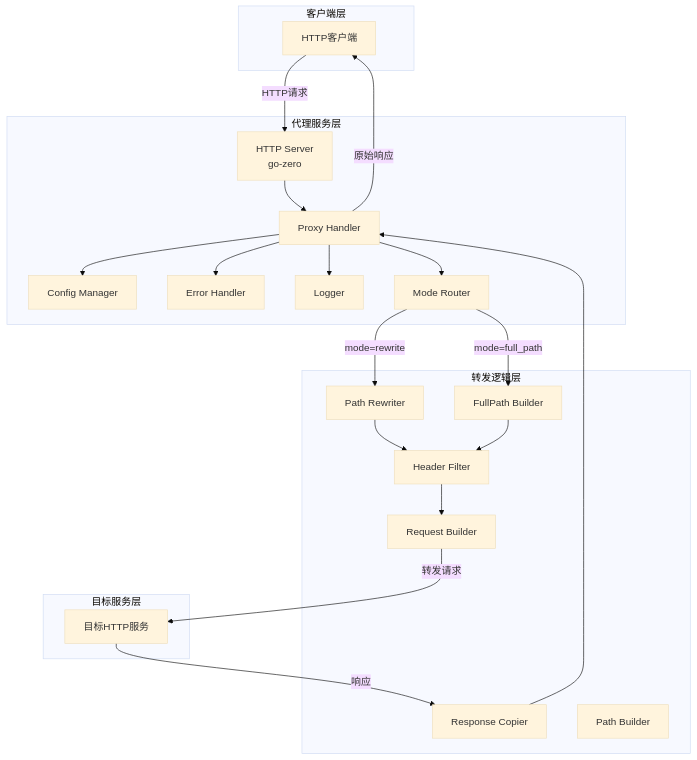
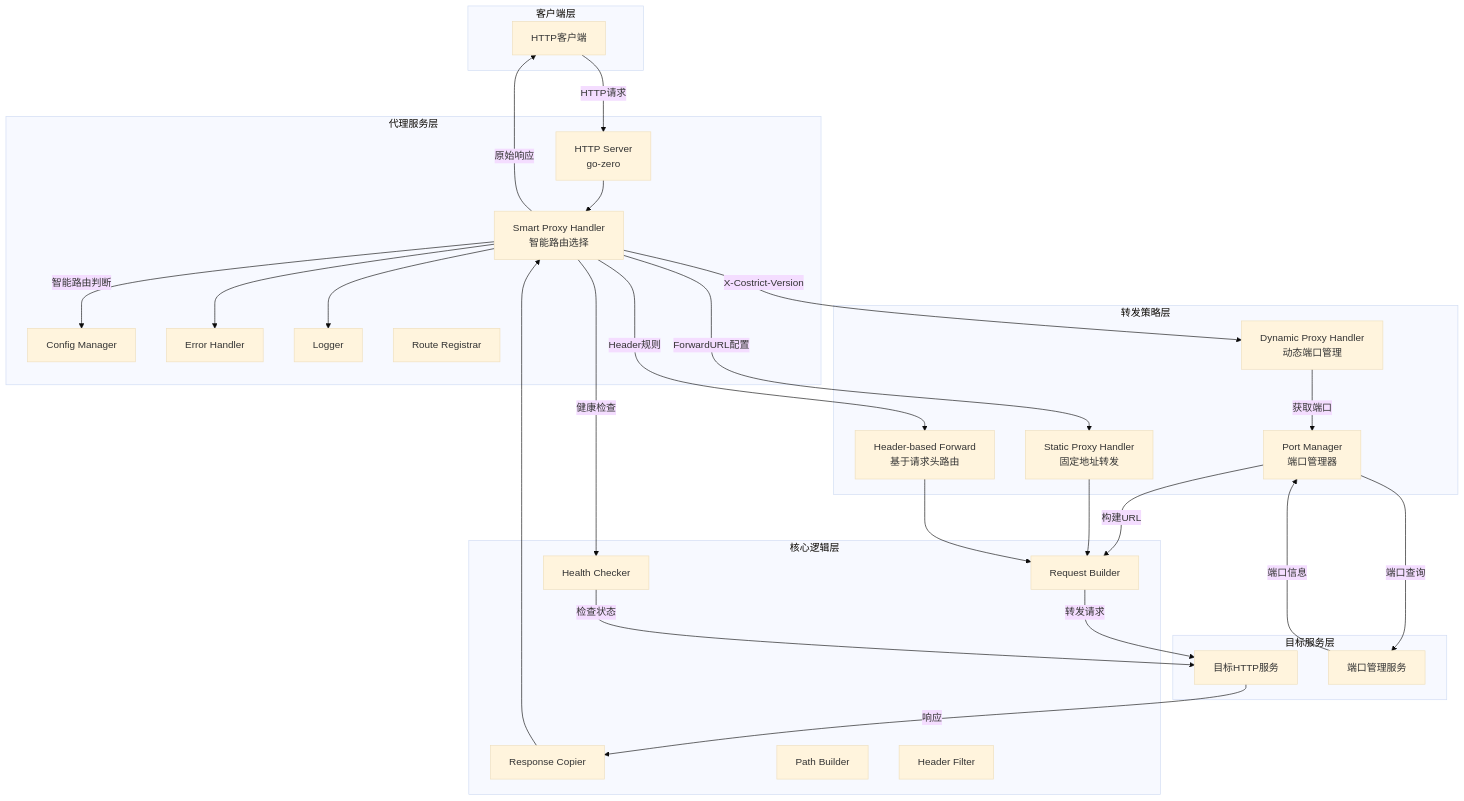
One commit to zgsm-ai/codebase-querier changed the first of 3 diagrams in docs/technical.md. Above: the diagram before and after it, drawn with Mermaid (base theme). The commit also changed other lines of this file and 5 other files, not shown here.

````diff
--- a/docs/technical.md
+++ b/docs/technical.md
@@ -39,46 +41,60 @@
 ```mermaid
 graph TB
     subgraph "客户端层"
         A[HTTP客户端]
     end
     
     subgraph "代理服务层"
         B[HTTP Server<br/>go-zero]
-        C[Proxy Handler]
+        C[Smart Proxy Handler<br/>智能路由选择]
         D[Config Manager]
         E[Error Handler]
         F[Logger]
-        G[Mode Router]
+        G[Route Registrar]
     end
     
-    subgraph "转发逻辑层"
-        H[Request Builder]
-        I[Response Copier]
-        J[Path Builder]
-        K[Header Filter]
-        L[Path Rewriter]
-        M[FullPath Builder]
+    subgraph "转发策略层"
+        H[Dynamic Proxy Handler<br/>动态端口管理]
+        I[Static Proxy Handler<br/>固定地址转发]
+        J[Header-based Forward<br/>基于请求头路由]
+        K[Port Manager<br/>端口管理器]
+    end
+    
+    subgraph "核心逻辑层"
+        L[Request Builder]
+        M[Response Copier]
+        N[Path Builder]
+        O[Header Filter]
+        P[Health Checker]
     end
     
     subgraph "目标服务层"
-        N[目标HTTP服务]
+        Q[目标HTTP服务]
+        R[端口管理服务]
     end
     
     A -->|HTTP请求| B
     B --> C
-    C --> D
-    C --> G
+    C -->|智能路由判断| D
+    C -->|X-Costrict-Version| H
+    C -->|ForwardURL配置| I
+    C -->|Header规则| J
     
-    G -->|mode=rewrite| L
-    G -->|mode=full_path| M
+    H -->|获取端口| K
+    K -->|端口查询| R
+    R -->|端口信息| K
+    K -->|构建URL| L
     
-    L --> K
-    M --> K
-    K --> H
-    H -->|转发请求| N
-    N -->|响应| I
-    I --> C
+    I --> L
+    J --> L
+    
+    L -->|转发请求| Q
+    Q -->|响应| M
+    M --> C
     C --> E
     C --> F
     C -->|原始响应| A
+    
+    C -->|健康检查| P
+    P -->|检查状态| Q
 ```
````
